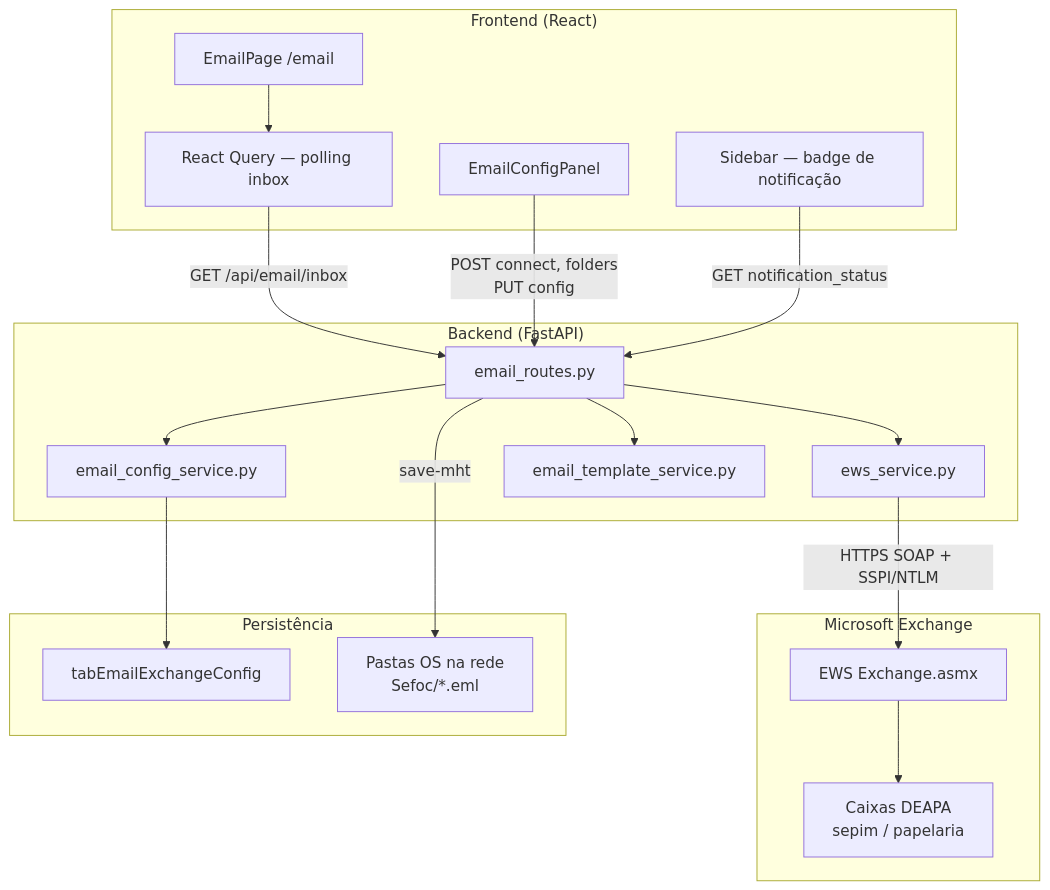
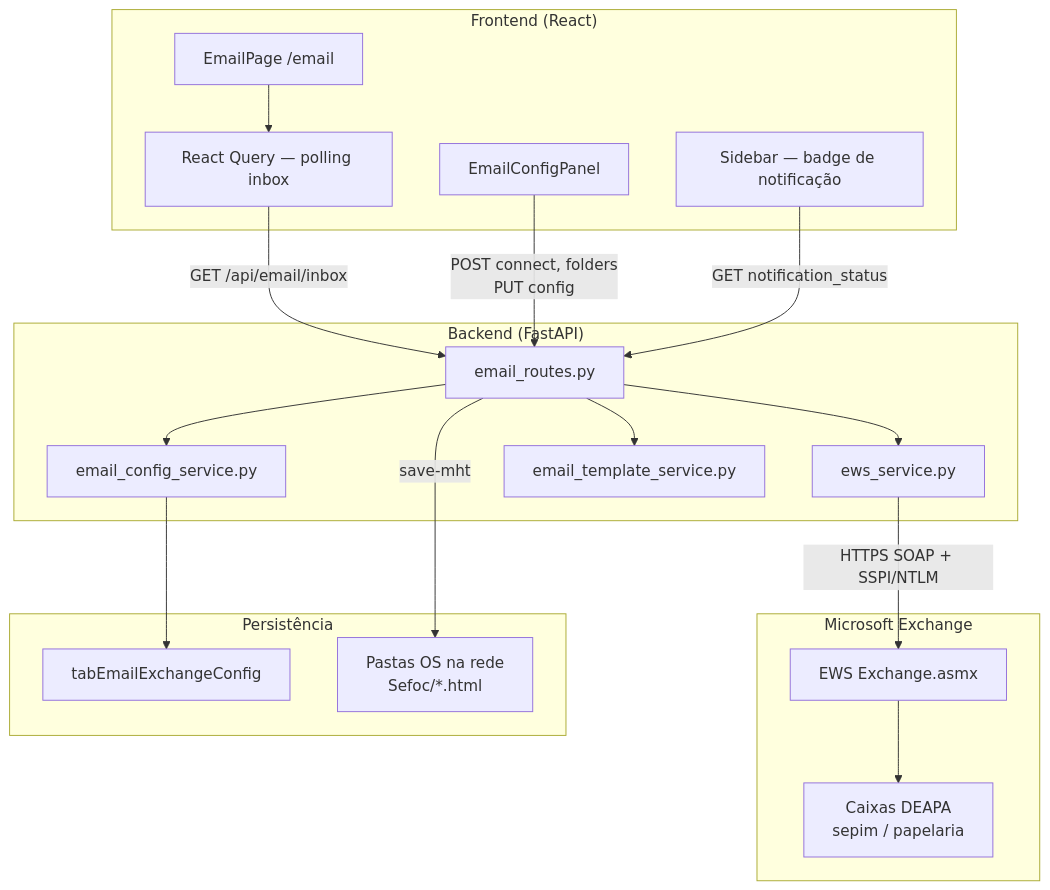
Before and after one commit to LucasNangell/sagraweb: the diagram in docs/EMAIL_EWS_ENVIO_E_MONITORAMENTO.md, drawn with Mermaid. The commit also changed other lines of this file and 9 other files, not shown here.

````diff
--- a/docs/EMAIL_EWS_ENVIO_E_MONITORAMENTO.md
+++ b/docs/EMAIL_EWS_ENVIO_E_MONITORAMENTO.md
@@ -32,41 +32,41 @@
 ```mermaid
 flowchart TB
     subgraph Frontend["Frontend (React)"]
         EmailPage["EmailPage /email"]
         ConfigPanel["EmailConfigPanel"]
         Sidebar["Sidebar — badge de notificação"]
         Poll["React Query — polling inbox"]
     end
 
     subgraph Backend["Backend (FastAPI)"]
         Routes["email_routes.py"]
         ConfigSvc["email_config_service.py"]
         EWSSvc["ews_service.py"]
         Templates["email_template_service.py"]
     end
 
     subgraph Exchange["Microsoft Exchange"]
         EWS["EWS Exchange.asmx"]
         Mailboxes["Caixas DEAPA\nsepim / papelaria"]
     end
 
     subgraph Storage["Persistência"]
         MySQL["tabEmailExchangeConfig"]
-        UNC["Pastas OS na rede\nSefoc/*.eml"]
+        UNC["Pastas OS na rede\nSefoc/*.html"]
     end
 
     EmailPage --> Poll
     Poll -->|"GET /api/email/inbox"| Routes
     ConfigPanel -->|"POST connect, folders\nPUT config"| Routes
     Sidebar -->|"GET notification_status"| Routes
 
     Routes --> ConfigSvc
     Routes --> EWSSvc
     Routes --> Templates
     ConfigSvc --> MySQL
 
     EWSSvc -->|"HTTPS SOAP + SSPI/NTLM"| EWS
     EWS --> Mailboxes
 
     Routes -->|"save-mht"| UNC
 ```
````
